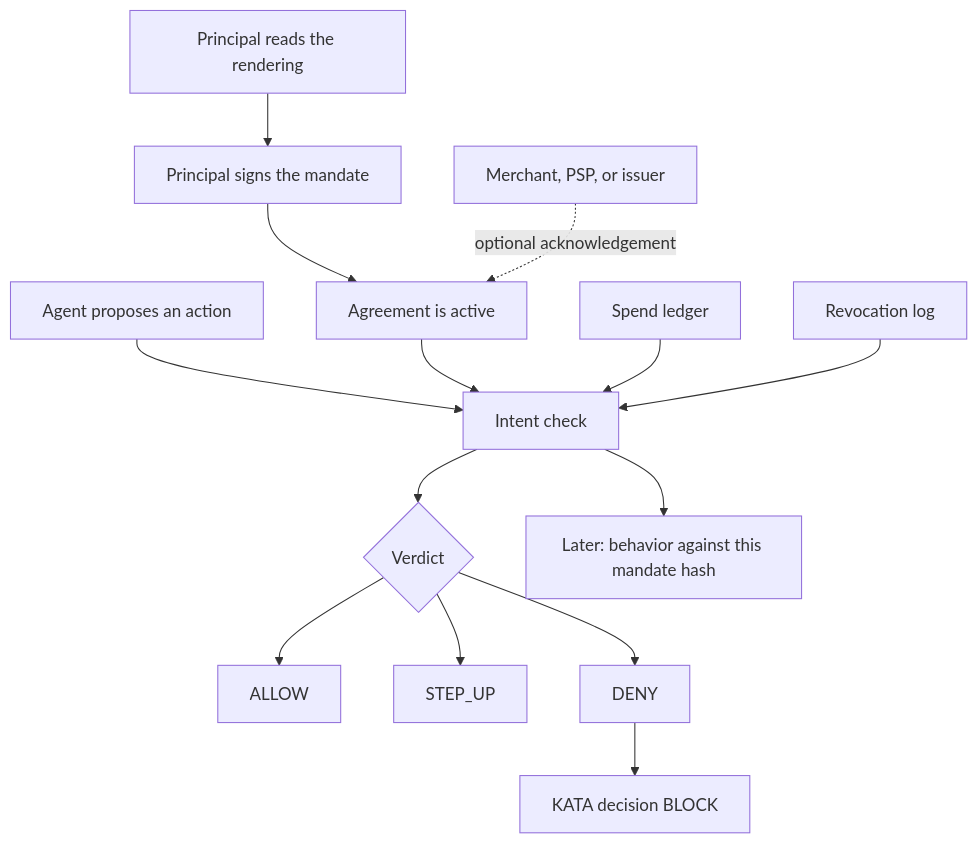
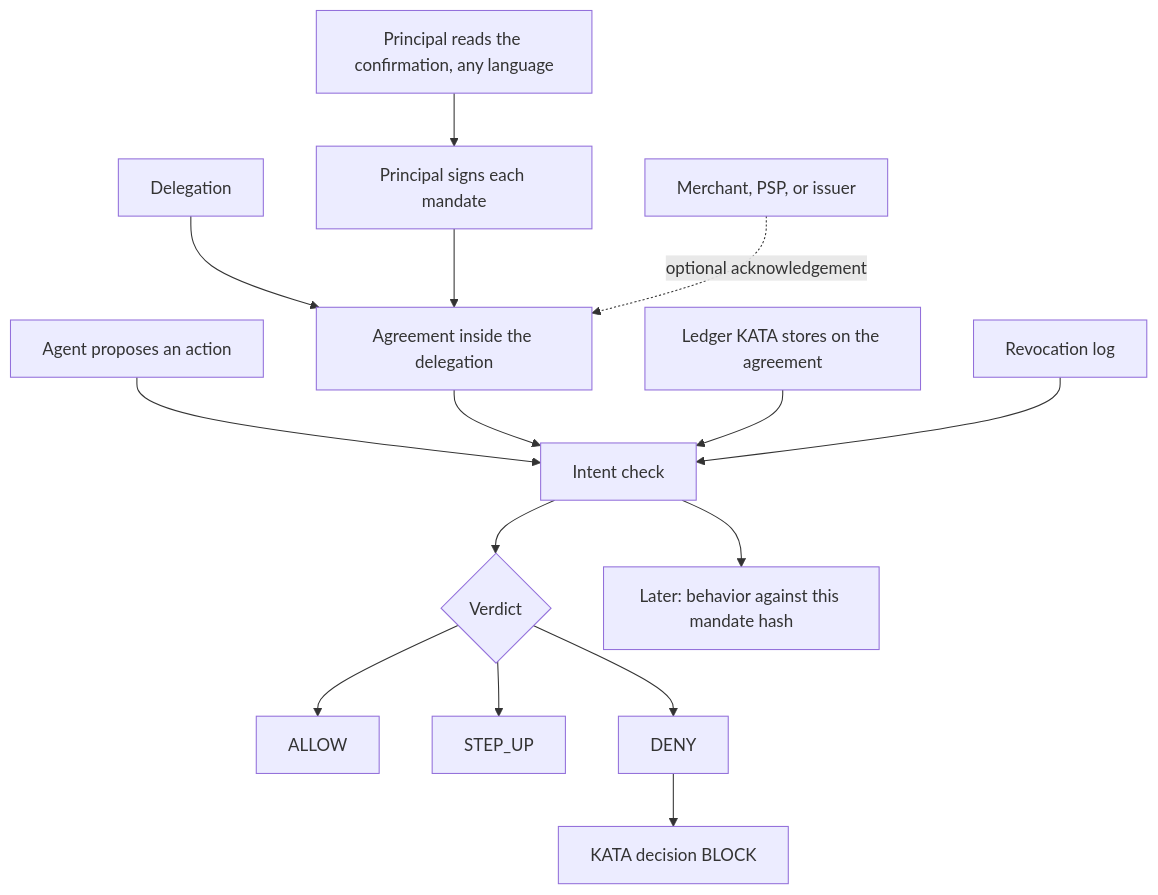
One commit to kaanuluer/KATA changed the first of 2 diagrams in docs/intent-agreement.md. Above: the diagram before and after it, drawn with Mermaid. The commit also changed other lines of this file and 18 other files, not shown here.

````diff
--- a/docs/intent-agreement.md
+++ b/docs/intent-agreement.md
@@ -22,16 +35,17 @@
 ```mermaid
 flowchart TD
-    P[Principal reads the rendering] --> S[Principal signs the mandate]
-    S --> A[Agreement is active]
+    D[Delegation] --> A[Agreement inside the delegation]
+    P[Principal reads the confirmation, any language] --> S[Principal signs each mandate]
+    S --> A
     C[Merchant, PSP, or issuer] -.->|optional acknowledgement| A
     AG[Agent proposes an action] --> E[Intent check]
     A --> E
-    L[Spend ledger] --> E
+    L[Ledger KATA stores on the agreement] --> E
     R[Revocation log] --> E
     E --> V{Verdict}
     V --> ALLOW
     V --> STEP_UP
     V --> DENY
     DENY --> BLOCK[KATA decision BLOCK]
     E --> Q4[Later: behavior against this mandate hash]
 ```
````
